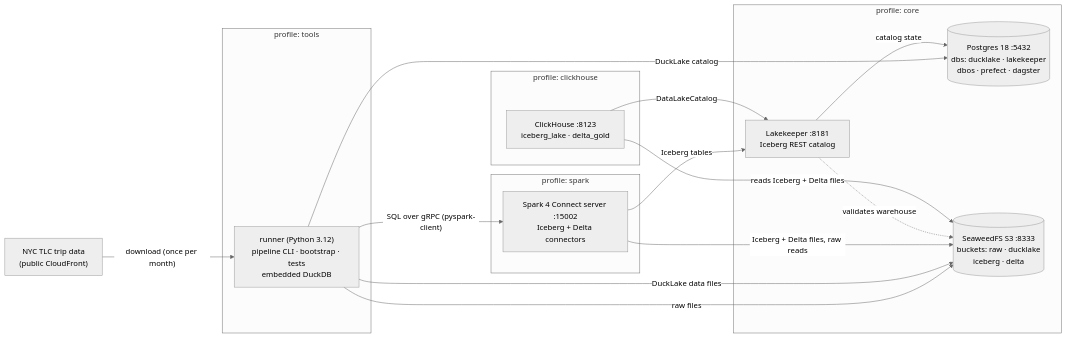
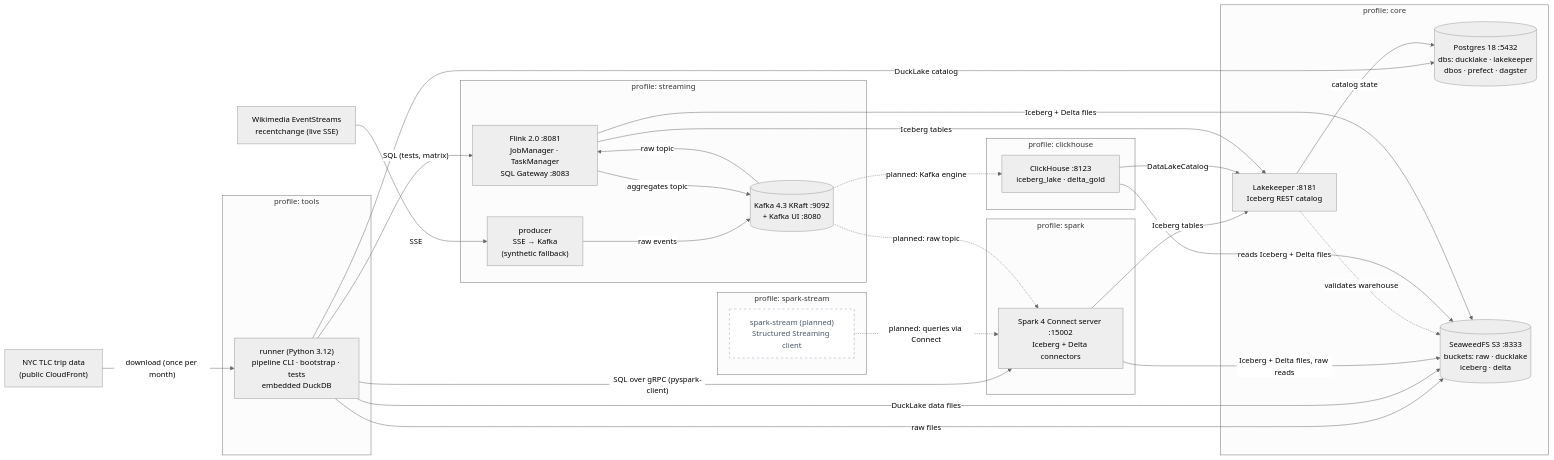
The diagram in README.md (wilkinson001/de-playground), drawn with Mermaid (neutral theme) before and after one commit. The commit also changed other lines of this file and 1 other file, not shown here.

Commit message:
docs: add streaming to the architecture diagrams
Component diagram gains the streaming profile (Kafka, producer, Flink);
new streaming stages-and-layers diagram with Flink and (planned) Spark
lanes; planned parts drawn dashed.

````diff
--- a/README.md
+++ b/README.md
@@ -37,34 +37,59 @@
 ```mermaid
 flowchart LR
     tlc["NYC TLC trip data<br/>(public CloudFront)"]
+    wm["Wikimedia EventStreams<br/>recentchange (live SSE)"]
 
     subgraph tools["profile: tools"]
         runner["runner (Python 3.12)<br/>pipeline CLI · bootstrap · tests<br/>embedded DuckDB"]
     end
 
+    subgraph streaming_p["profile: streaming"]
+        producer["producer<br/>SSE → Kafka<br/>(synthetic fallback)"]
+        kafka[("Kafka 4.3 KRaft :9092<br/>+ Kafka UI :8080")]
+        flink["Flink 2.0 :8081<br/>JobManager · TaskManager<br/>SQL Gateway :8083"]
+    end
+
     subgraph spark_p["profile: spark"]
         spark["Spark 4 Connect server :15002<br/>Iceberg + Delta connectors"]
+    end
+
+    subgraph spark_stream_p["profile: spark-stream"]
+        sstream["spark-stream (planned)<br/>Structured Streaming client"]
     end
 
     subgraph core["profile: core"]
         pg[("Postgres 18 :5432<br/>dbs: ducklake · lakekeeper<br/>dbos · prefect · dagster")]
         lk["Lakekeeper :8181<br/>Iceberg REST catalog"]
         s3[("SeaweedFS S3 :8333<br/>buckets: raw · ducklake<br/>iceberg · delta")]
     end
 
     subgraph ch_p["profile: clickhouse"]
         ch["ClickHouse :8123<br/>iceberg_lake · delta_gold"]
     end
 
     tlc -- "download (once per month)" --> runner
     runner -- "raw files" --> s3
     runner -- "DuckLake catalog" --> pg
     runner -- "DuckLake data files" --> s3
     runner -- "SQL over gRPC (pyspark-client)" --> spark
     spark -- "Iceberg tables" --> lk
     spark -- "Iceberg + Delta files, raw reads" --> s3
     lk -- "catalog state" --> pg
     lk -. "validates warehouse" .-> s3
     ch -- "DataLakeCatalog" --> lk
     ch -- "reads Iceberg + Delta files" --> s3
+
+    wm -- "SSE" --> producer
+    producer -- "raw events" --> kafka
+    kafka -- "raw topic" --> flink
+    flink -- "aggregates topic" --> kafka
+    flink -- "Iceberg tables" --> lk
+    flink -- "Iceberg + Delta files" --> s3
+    runner -- "SQL (tests, matrix)" --> flink
+    sstream -. "planned: queries via Connect" .-> spark
+    kafka -. "planned: raw topic" .-> spark
+    kafka -. "planned: Kafka engine" .-> ch
+
+    classDef planned fill:#ffffff,stroke:#94a3b8,stroke-dasharray:5 5,color:#475569
+    class sstream planned
 ```
````
